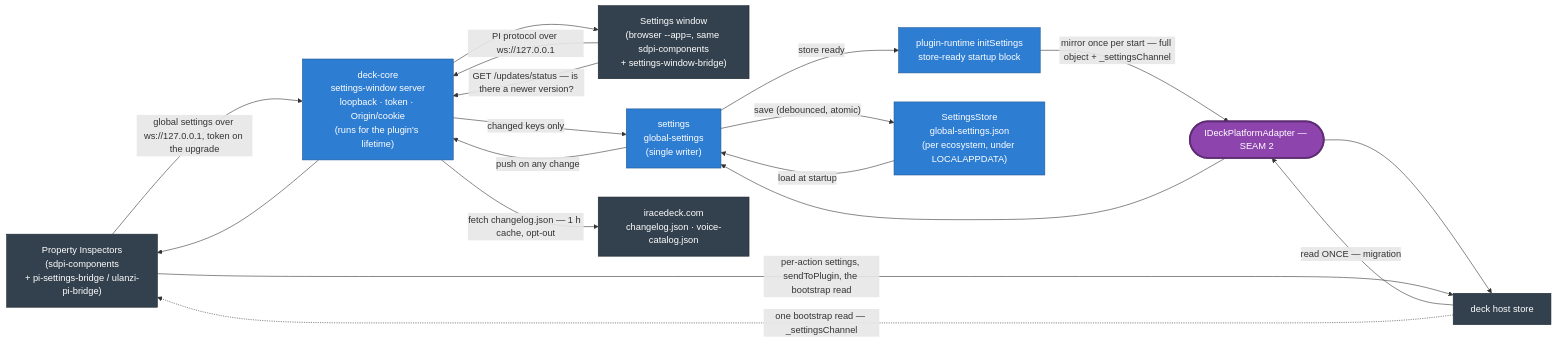
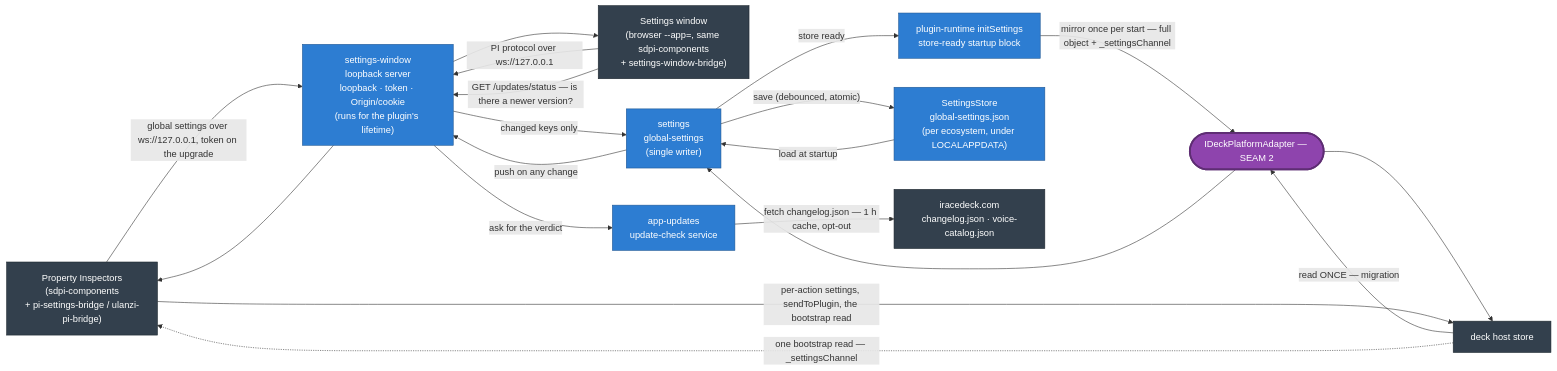
Before and after one commit to niklam/iracedeck: the fourth of 8 diagrams in packages/website/src/content/docs/docs/development/architecture.md, drawn with Mermaid. The commit also changed other lines of this file and 145 other files, not shown here.

First line of the commit message:
refactor(deck-core): move replay store, diagnostics, update checks and settings window out (#1367) (#1372)

````diff
--- a/packages/website/src/content/docs/docs/development/architecture.md
+++ b/packages/website/src/content/docs/docs/development/architecture.md
@@ -164,34 +164,36 @@
 ```mermaid
 flowchart LR
   pi["Property Inspectors<br/>(sdpi-components<br/>+ pi-settings-bridge / ulanzi-pi-bridge)"]:::ext
   win["Settings window<br/>(browser --app=, same sdpi-components<br/>+ settings-window-bridge)"]:::ext
-  srv["deck-core<br/>settings-window server<br/>loopback · token · Origin/cookie<br/>(runs for the plugin's lifetime)"]:::core
+  srv["settings-window<br/>loopback server<br/>loopback · token · Origin/cookie<br/>(runs for the plugin's lifetime)"]:::core
+  upd["app-updates<br/>update-check service"]:::core
   gs["settings<br/>global-settings<br/>(single writer)"]:::core
   boot["plugin-runtime initSettings<br/>store-ready startup block"]:::core
   store["SettingsStore<br/>global-settings.json<br/>(per ecosystem, under LOCALAPPDATA)"]:::core
   core(["IDeckPlatformAdapter — SEAM 2"]):::seam
   host["deck host store"]:::ext
   site["iracedeck.com<br/>changelog.json · voice-catalog.json"]:::ext
 
   win -->|"PI protocol over ws://127.0.0.1"| srv
   pi -->|"global settings over ws://127.0.0.1, token on the upgrade"| srv
   srv -->|"changed keys only"| gs
   gs -->|"save (debounced, atomic)"| store
   store -->|"load at startup"| gs
   gs -->|"push on any change"| srv
   srv --> win
   srv --> pi
   win -->|"GET /updates/status — is there a newer version?"| srv
-  srv -->|"fetch changelog.json — 1 h cache, opt-out"| site
+  srv -->|"ask for the verdict"| upd
+  upd -->|"fetch changelog.json — 1 h cache, opt-out"| site
   host -->|"read ONCE — migration"| core
   core --> gs
   gs -->|"store ready"| boot
   boot -->|"mirror once per start — full object + _settingsChannel"| core
   core --> host
   host -.->|"one bootstrap read — _settingsChannel"| pi
   pi -->|"per-action settings, sendToPlugin, the bootstrap read"| host
 
   classDef ext fill:#33404d,color:#fff,stroke:#1d262e;
   classDef seam fill:#8e44ad,color:#fff,stroke:#5e2d73,stroke-width:3px;
   classDef core fill:#2d7dd2,color:#fff,stroke:#1f5793;
 ```
````
